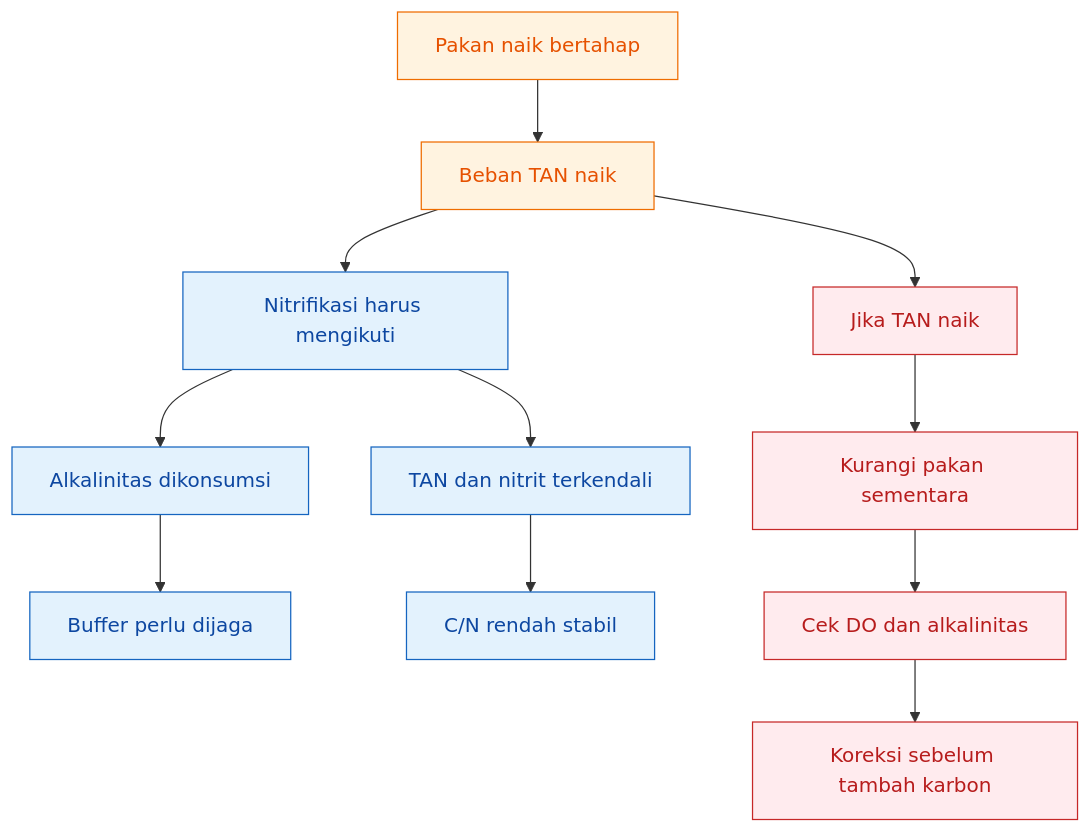
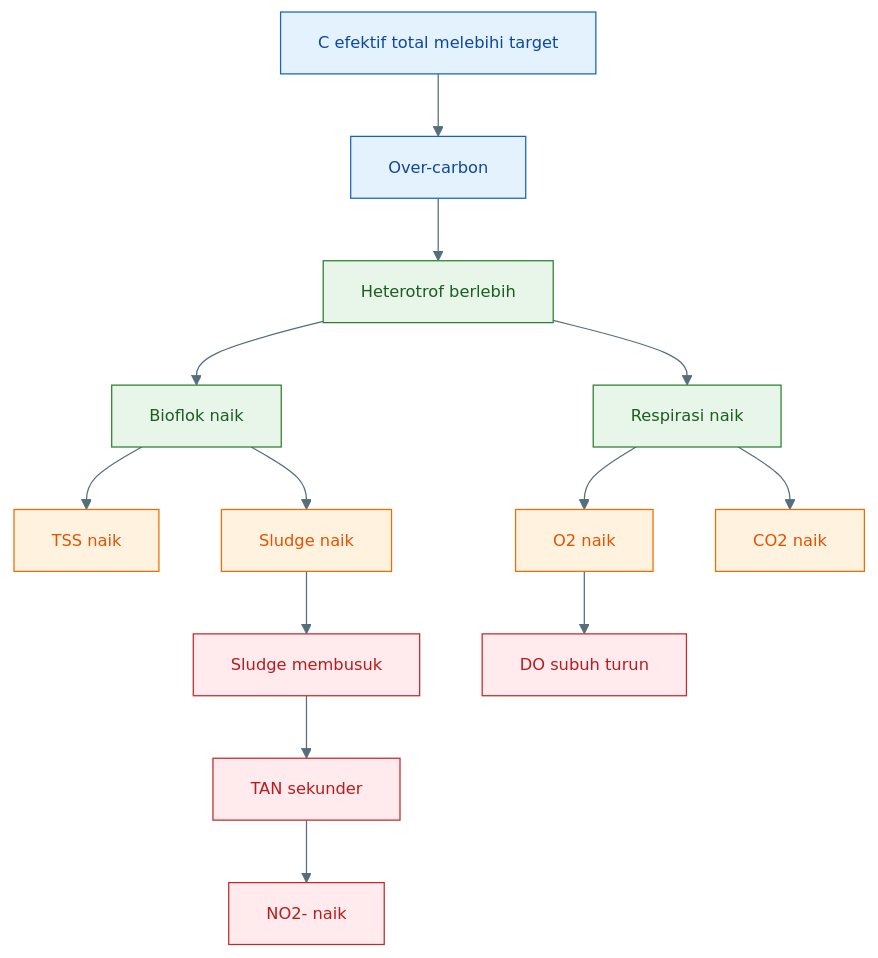
Diagram 15 of 32 in content/blog/agri/perikanan/ratio-cn-rendah-biflok.mdx (slametsampon/kawruhnology), drawn with Mermaid before and after one commit. The commit also changed other lines of this file, not shown here.

Commit message:
upadte rasio c/n rendah

````diff
--- a/content/blog/agri/perikanan/ratio-cn-rendah-biflok.mdx
+++ b/content/blog/agri/perikanan/ratio-cn-rendah-biflok.mdx
@@ -1799,23 +3331,40 @@
-```mermaid id="xb1s2z"
+```mermaid id="over-carbon-oksigen"
+%%{init: {'theme':'base','themeVariables':{
+'primaryColor':'#E3F2FD',
+'primaryTextColor':'#0D47A1',
+'primaryBorderColor':'#1565C0',
+'secondaryColor':'#E8F5E9',
+'secondaryTextColor':'#1B5E20',
+'secondaryBorderColor':'#2E7D32',
+'tertiaryColor':'#FFF3E0',
+'tertiaryTextColor':'#E65100',
+'tertiaryBorderColor':'#EF6C00',
+'lineColor':'#546E7A',
+'fontSize':'13px'
+}}}%%
 flowchart TD
-    A["Pakan naik bertahap"] --> B["Beban TAN naik"]
-    B --> C["Nitrifikasi harus mengikuti"]
-    C --> D["Alkalinitas dikonsumsi"]
-    D --> E["Buffer perlu dijaga"]
-    C --> F["TAN dan nitrit terkendali"]
-    F --> G["C/N rendah stabil"]
+    A["C efektif total melebihi target"] --> B["Over-carbon"]
+    B --> C["Heterotrof berlebih"]
+    C --> D["Bioflok naik"]
+    D --> E["TSS naik"]
+    D --> F["Sludge naik"]
 
-    B --> H["Jika TAN naik"]
-    H --> I["Kurangi pakan sementara"]
-    I --> J["Cek DO dan alkalinitas"]
-    J --> K["Koreksi sebelum tambah karbon"]
+    C --> G["Respirasi naik"]
+    G --> H["O2 naik"]
+    H --> I["DO subuh turun"]
+    G --> J["CO2 naik"]
 
-    classDef feed fill:#fff3e0,stroke:#ef6c00,color:#e65100;
-    classDef process fill:#e3f2fd,stroke:#1565c0,color:#0d47a1;
-    classDef stable fill:#e8f5e9,stroke:#2e7d32,color:#1b5e20;
-    classDef warning fill:#ffebee,stroke:#c62828,color:#b71c1c;
+    F --> K["Sludge membusuk"]
+    K --> L["TAN sekunder"]
+    L --> M["NO2- naik"]
 
-    class A,B feed;
-    class C,D,E,F,G process;
-    class H,I,J,K warning;
+    classDef awal fill:#E3F2FD,stroke:#1565C0,color:#0D47A1;
+    classDef proses fill:#E8F5E9,stroke:#2E7D32,color:#1B5E20;
+    classDef risiko fill:#FFF3E0,stroke:#EF6C00,color:#E65100;
+    classDef bahaya fill:#FFEBEE,stroke:#C62828,color:#B71C1C;
+
+    class A,B awal;
+    class C,D,G proses;
+    class E,F,H,J risiko;
+    class I,K,L,M bahaya;
 ```
````
